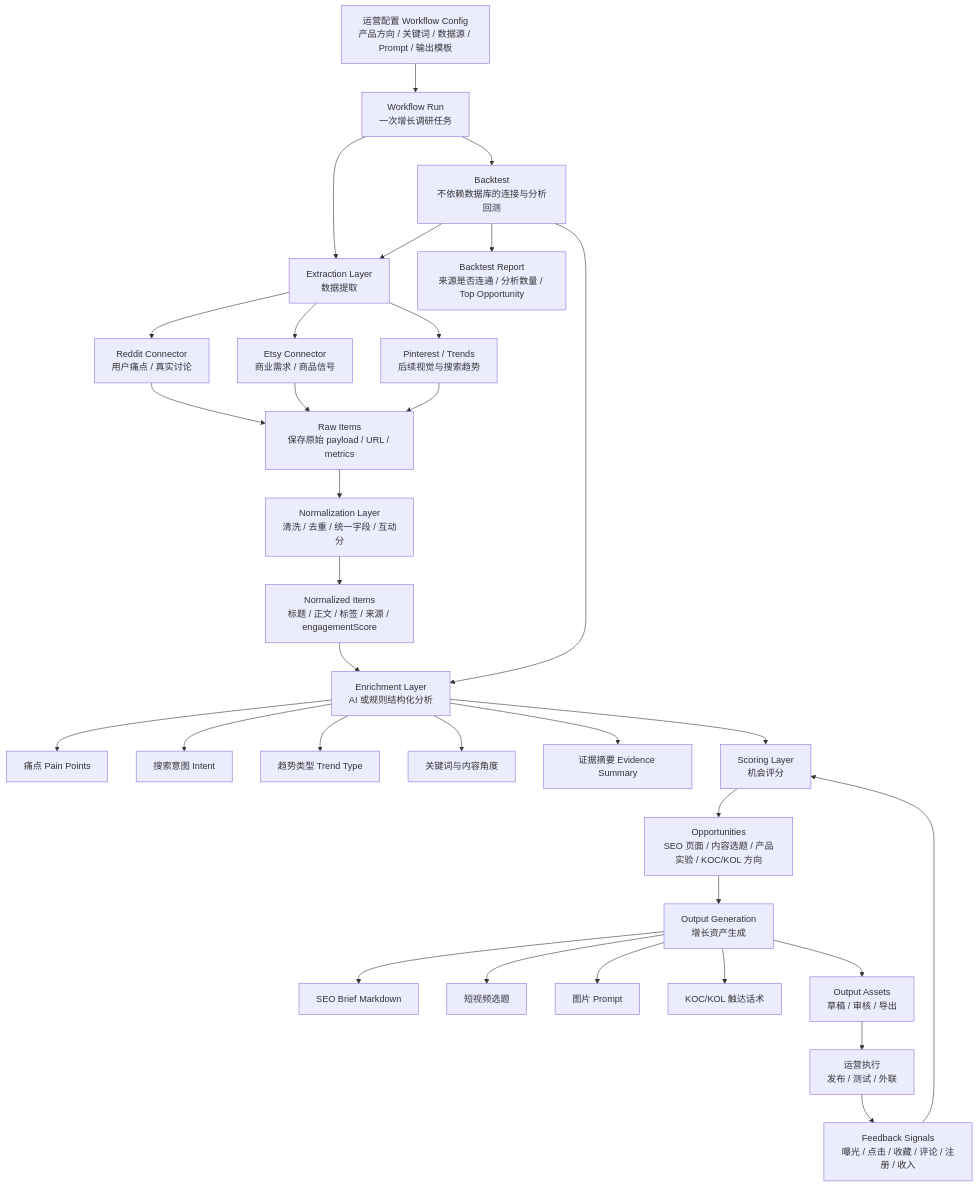
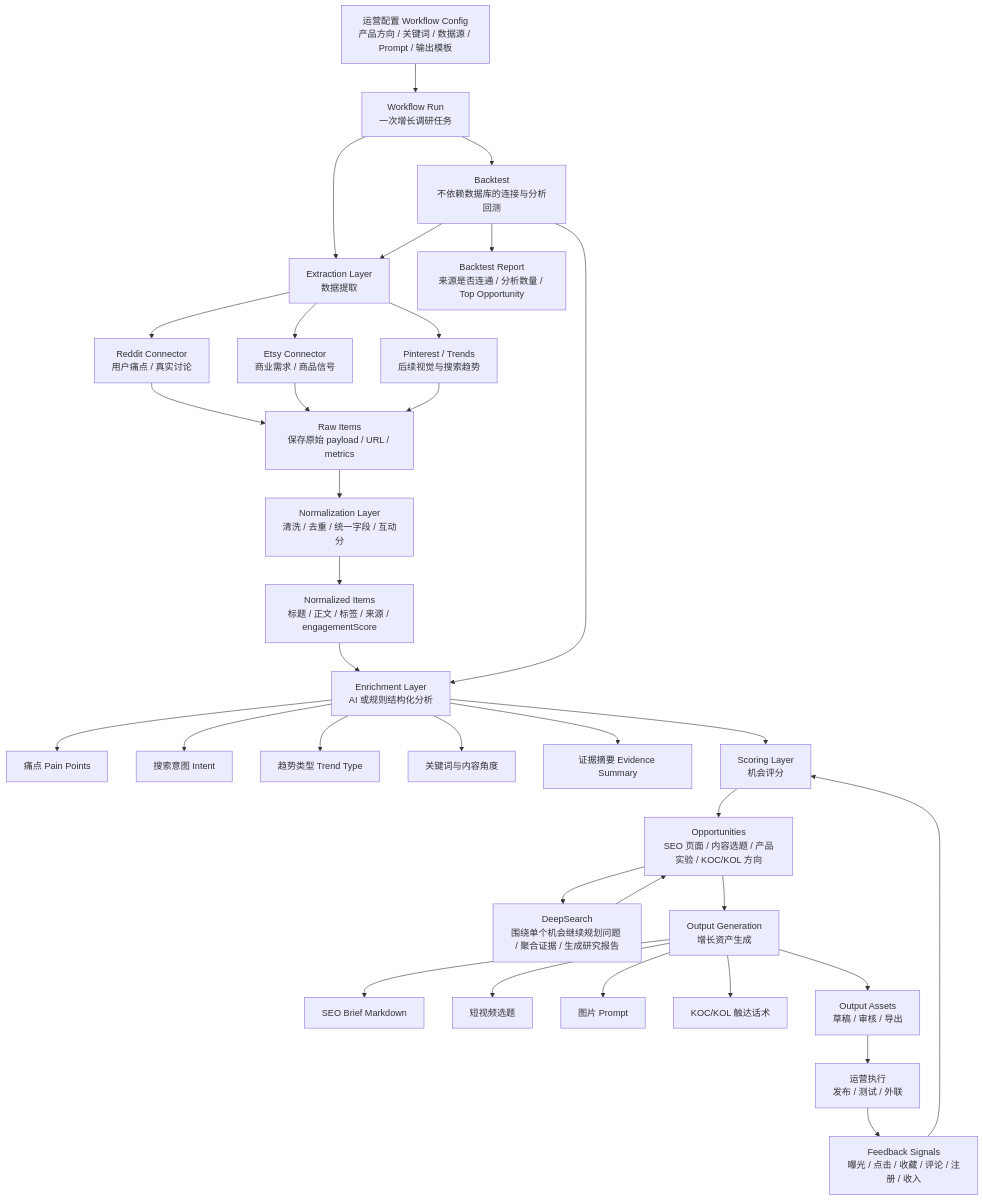
The diagram in docs/product-flow.md (Xiaoteng152/AI-tattoo-generator), drawn with Mermaid before and after one commit. The commit also changed other lines of this file and 5 other files, not shown here.

Commit message:
feat: 首页与 DeepSearch 按 Editorial 原型重构 UI

````diff
--- a/docs/product-flow.md
+++ b/docs/product-flow.md
@@ -5,43 +5,46 @@
 ```mermaid
 flowchart TD
   A[运营配置 Workflow Config<br/>产品方向 / 关键词 / 数据源 / Prompt / 输出模板] --> B[Workflow Run<br/>一次增长调研任务]
 
   B --> C[Extraction Layer<br/>数据提取]
   C --> C1[Reddit Connector<br/>用户痛点 / 真实讨论]
   C --> C2[Etsy Connector<br/>商业需求 / 商品信号]
   C --> C3[Pinterest / Trends<br/>后续视觉与搜索趋势]
 
   C1 --> D[Raw Items<br/>保存原始 payload / URL / metrics]
   C2 --> D
   C3 --> D
 
   D --> E[Normalization Layer<br/>清洗 / 去重 / 统一字段 / 互动分]
   E --> F[Normalized Items<br/>标题 / 正文 / 标签 / 来源 / engagementScore]
 
   F --> G[Enrichment Layer<br/>AI 或规则结构化分析]
   G --> G1[痛点 Pain Points]
   G --> G2[搜索意图 Intent]
   G --> G3[趋势类型 Trend Type]
   G --> G4[关键词与内容角度]
   G --> G5[证据摘要 Evidence Summary]
 
   G --> H[Scoring Layer<br/>机会评分]
   H --> I[Opportunities<br/>SEO 页面 / 内容选题 / 产品实验 / KOC/KOL 方向]
 
+  I --> DS[DeepSearch<br/>围绕单个机会继续规划问题 / 聚合证据 / 生成研究报告]
+  DS --> I
+
   I --> J[Output Generation<br/>增长资产生成]
   J --> J1[SEO Brief Markdown]
   J --> J2[短视频选题]
   J --> J3[图片 Prompt]
   J --> J4[KOC/KOL 触达话术]
 
   J --> K[Output Assets<br/>草稿 / 审核 / 导出]
   K --> L[运营执行<br/>发布 / 测试 / 外联]
 
   L --> M[Feedback Signals<br/>曝光 / 点击 / 收藏 / 评论 / 注册 / 收入]
   M --> H
 
   B --> N[Backtest<br/>不依赖数据库的连接与分析回测]
   N --> C
   N --> G
   N --> O[Backtest Report<br/>来源是否连通 / 分析数量 / Top Opportunity]
 ```
````
